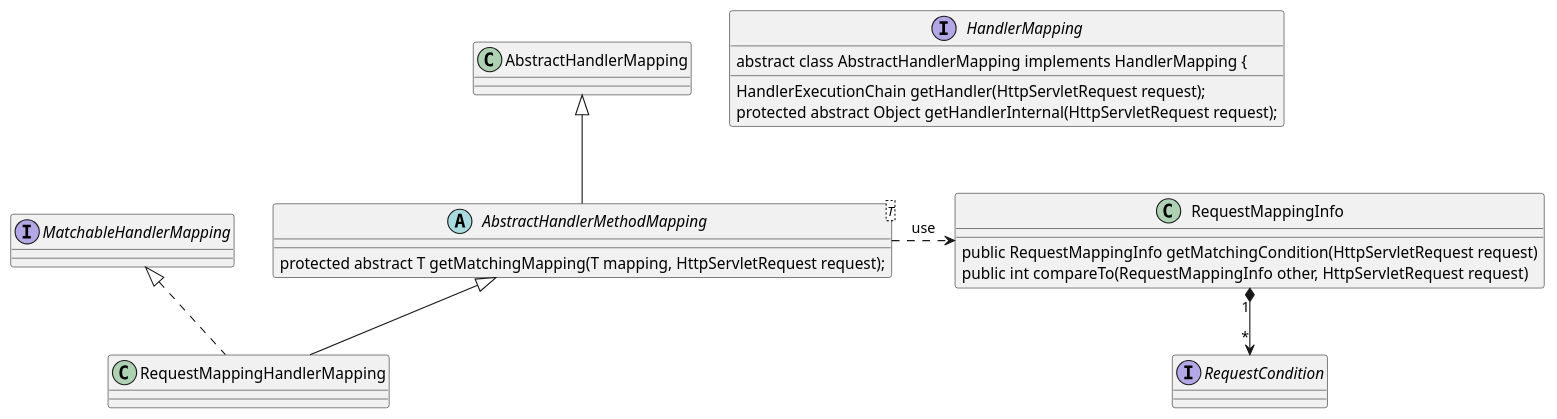
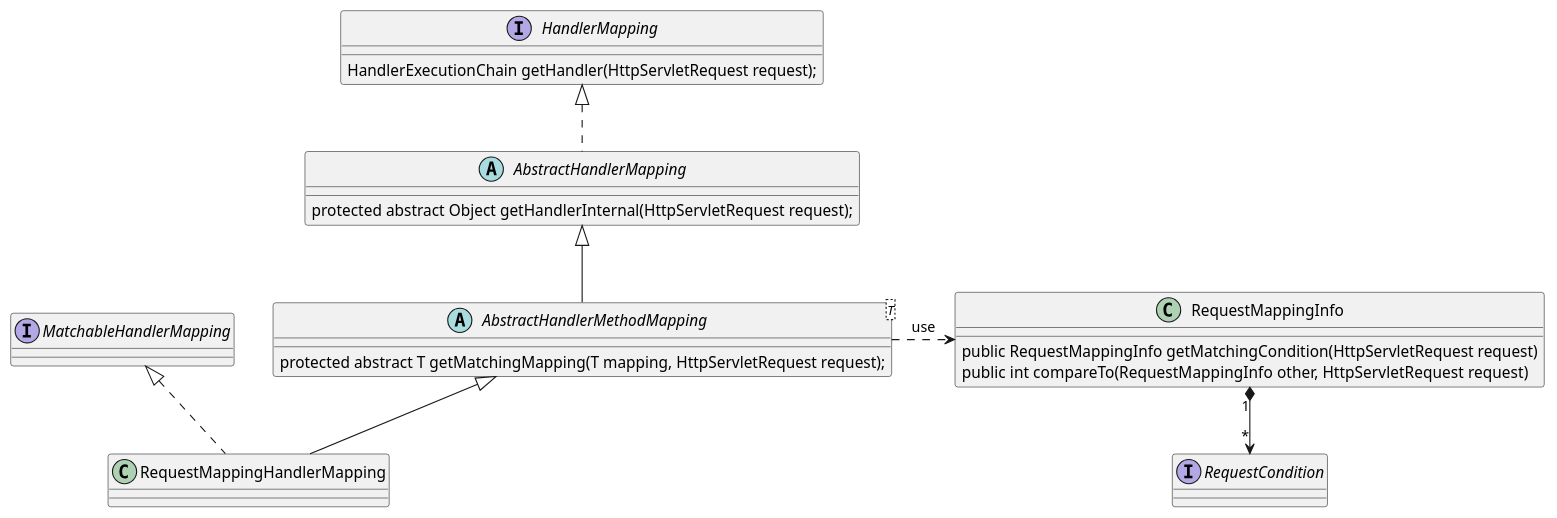
The second of 5 diagrams in Spring/spring-mvc-request-flow/READMD.md (xiayy860612/Demo), drawn with PlantUML before and after one commit. The commit also changed other lines of this file and 3 other files, not shown here.

````diff
--- a/Spring/spring-mvc-request-flow/READMD.md
+++ b/Spring/spring-mvc-request-flow/READMD.md
@@ -84,22 +84,23 @@
 ```plantuml
 interface RequestCondition
 class RequestMappingInfo {
   public RequestMappingInfo getMatchingCondition(HttpServletRequest request)
   public int compareTo(RequestMappingInfo other, HttpServletRequest request)
 }
 RequestMappingInfo "1" *--> "*" RequestCondition
 
 interface HandlerMapping {
   HandlerExecutionChain getHandler(HttpServletRequest request);
+}
 
 abstract class AbstractHandlerMapping implements HandlerMapping {
   protected abstract Object getHandlerInternal(HttpServletRequest request);
 }
 abstract class AbstractHandlerMethodMapping<T> extends AbstractHandlerMapping {
   protected abstract T getMatchingMapping(T mapping, HttpServletRequest request);
 }
 AbstractHandlerMethodMapping .right.> RequestMappingInfo: use
 
 class RequestMappingHandlerMapping extends AbstractHandlerMethodMapping implements MatchableHandlerMapping 
 
 ```
````
